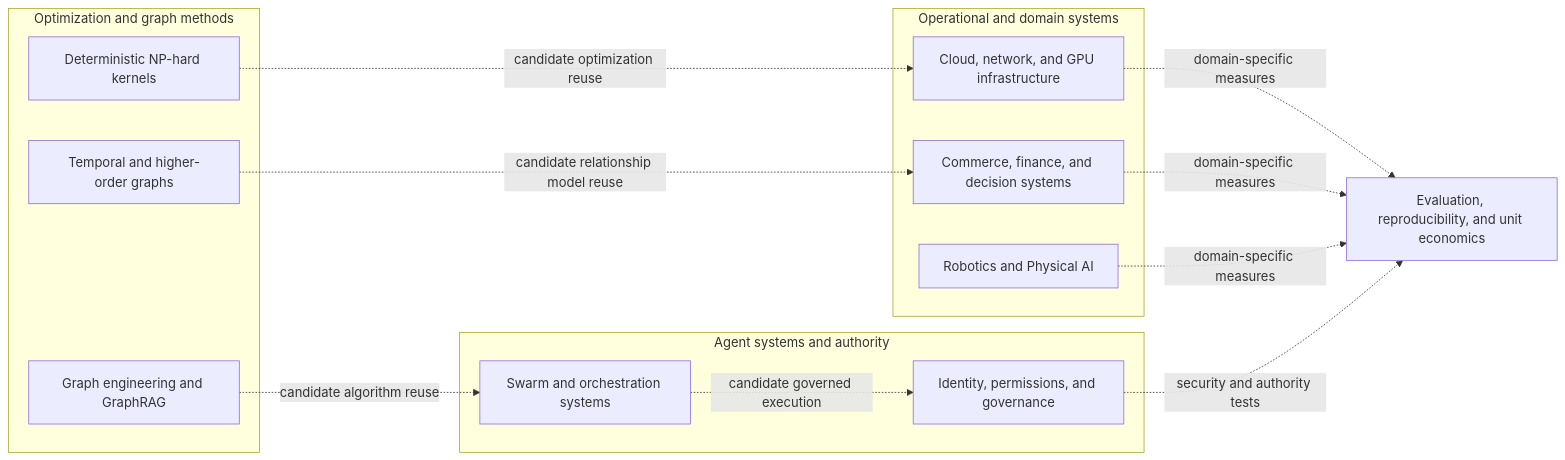
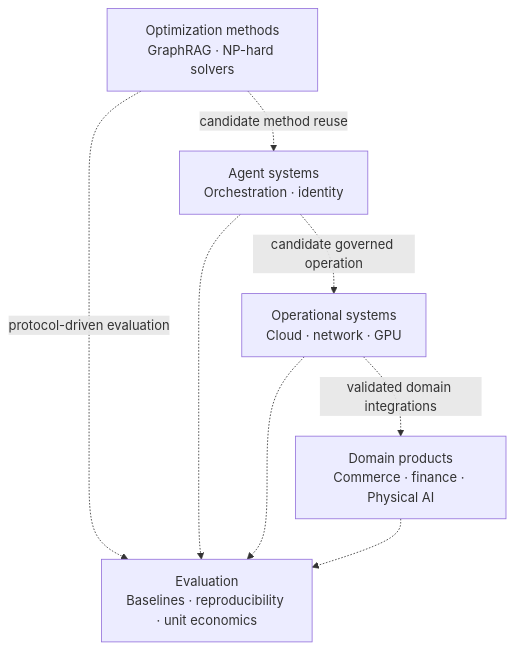
The first of 4 diagrams in README.md (AAH20/AAH20), drawn with Mermaid before and after one commit.

Commit message:
docs: simplify portfolio architecture overview

````diff
--- a/README.md
+++ b/README.md
@@ -17,26 +17,15 @@
 ```mermaid
-flowchart LR
-  subgraph P1["Optimization and graph methods"]
-    G["Graph engineering and GraphRAG"]
-    K["Deterministic NP-hard kernels"]
-    H["Temporal and higher-order graphs"]
-  end
-  subgraph P2["Agent systems and authority"]
-    S["Swarm and orchestration systems"]
-    I["Identity, permissions, and governance"]
-  end
-  subgraph P3["Operational and domain systems"]
-    C["Cloud, network, and GPU infrastructure"]
-    B["Commerce, finance, and decision systems"]
-    R["Robotics and Physical AI"]
-  end
-  V["Evaluation, reproducibility, and unit economics"]
-  G -. "candidate algorithm reuse" .-> S
-  K -. "candidate optimization reuse" .-> C
-  H -. "candidate relationship model reuse" .-> B
-  S -. "candidate governed execution" .-> I
-  C -. "domain-specific measures" .-> V
-  B -. "domain-specific measures" .-> V
-  R -. "domain-specific measures" .-> V
-  I -. "security and authority tests" .-> V
+flowchart TB
+  Opt["Optimization methods<br/>GraphRAG · NP-hard solvers"]
+  Agents["Agent systems<br/>Orchestration · identity"]
+  Infra["Operational systems<br/>Cloud · network · GPU"]
+  Domains["Domain products<br/>Commerce · finance · Physical AI"]
+  Eval["Evaluation<br/>Baselines · reproducibility · unit economics"]
+  Opt -. "candidate method reuse" .-> Agents
+  Agents -. "candidate governed operation" .-> Infra
+  Infra -. "validated domain integrations" .-> Domains
+  Opt -. "protocol-driven evaluation" .-> Eval
+  Agents -.-> Eval
+  Infra -.-> Eval
+  Domains -.-> Eval
 ```
````
